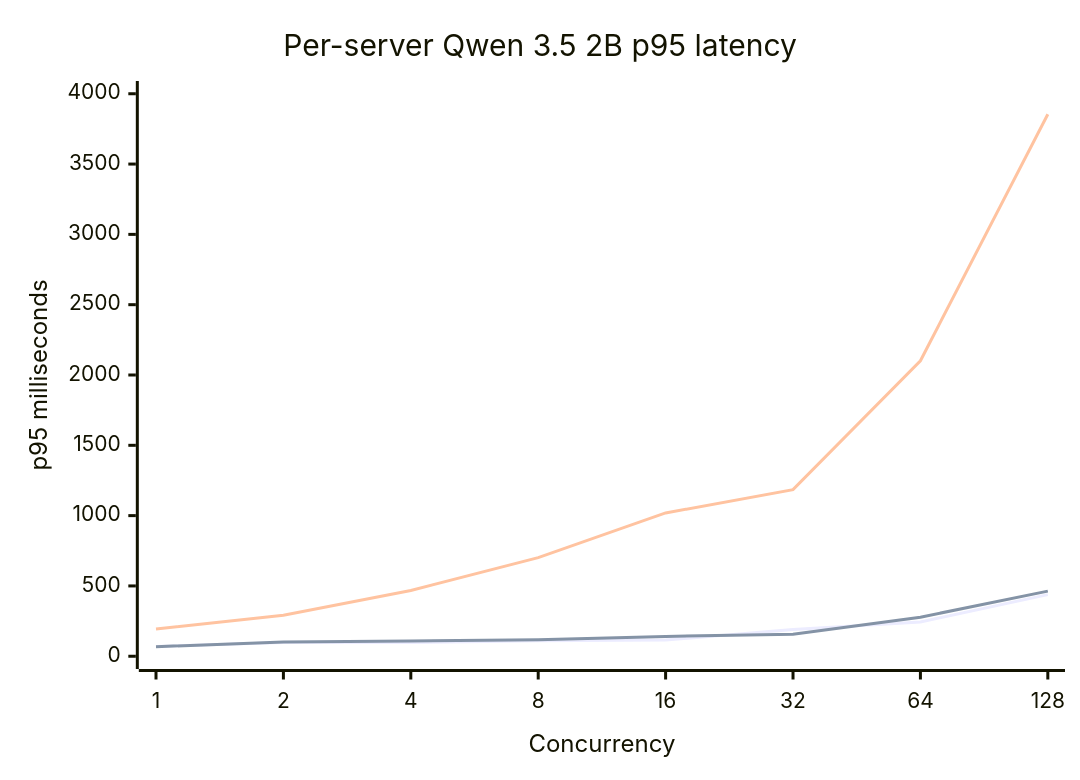
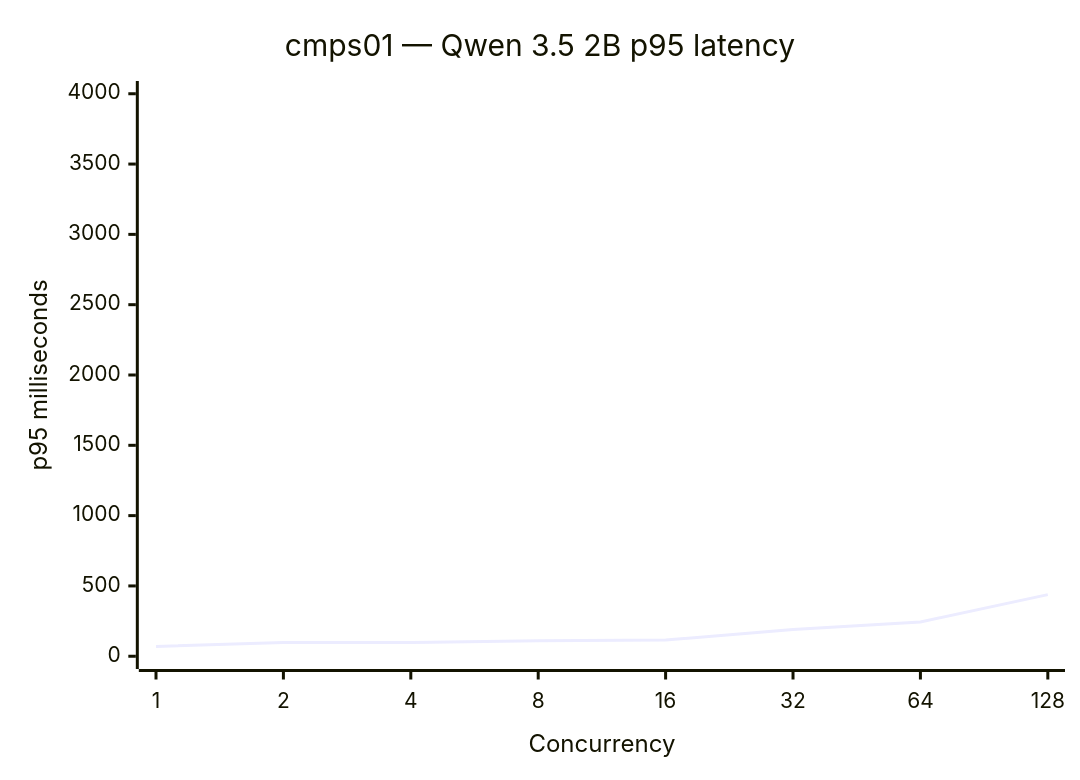
The fourth of 10 diagrams in docs/rag-ai/latency/eduai-summer-2026/FLEET_ROUTER_EXECUTIVE_REPORT_2026-08-19.md (EduAI-Lab/EduAI), drawn with Mermaid before and after one commit. The commit also changed other lines of this file, not shown here.

Commit message:
Make per-server latency charts unambiguous

````diff
--- a/docs/rag-ai/latency/eduai-summer-2026/FLEET_ROUTER_EXECUTIVE_REPORT_2026-08-19.md
+++ b/docs/rag-ai/latency/eduai-summer-2026/FLEET_ROUTER_EXECUTIVE_REPORT_2026-08-19.md
@@ -65,9 +69,7 @@
 ```mermaid
 xychart-beta
-    title "Per-server Qwen 3.5 2B p95 latency"
+    title "cmps01 — Qwen 3.5 2B p95 latency"
     x-axis "Concurrency" [1, 2, 4, 8, 16, 32, 64, 128]
     y-axis "p95 milliseconds" 0 --> 4000
     line [69, 98, 98, 111, 115, 190, 244, 438]
-    line [68, 101, 108, 117, 141, 156, 278, 463]
-    line [193, 292, 468, 701, 1019, 1185, 2101, 3854]
 ```
````
